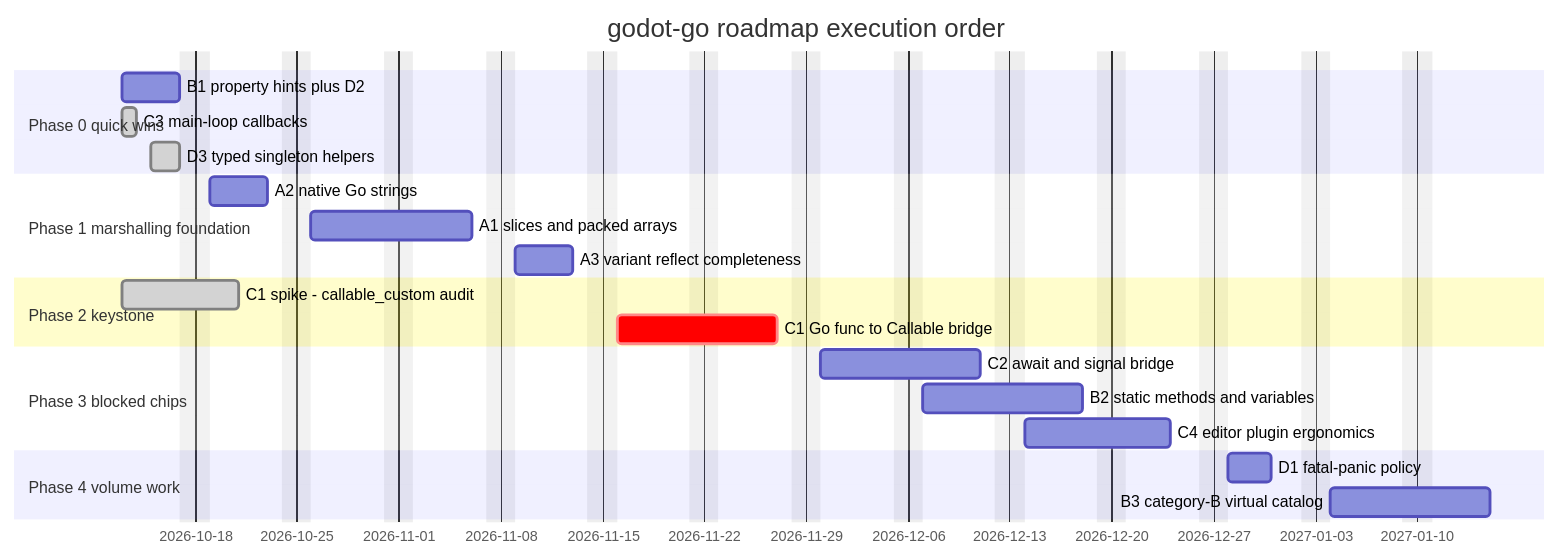
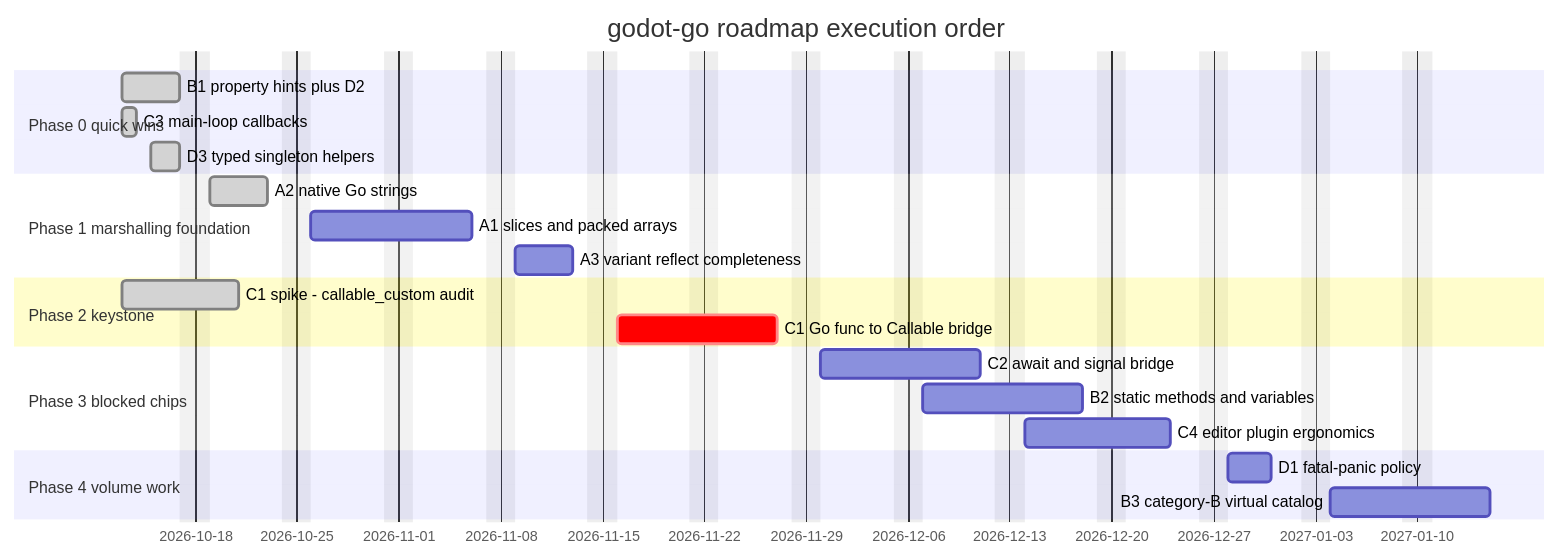
One commit to godot-go/godot-go changed the first of 2 diagrams in docs/roadmap.md. Above: the diagram before and after it, drawn with Mermaid. The commit also changed other lines of this file and 10 other files, not shown here.

````diff
--- a/docs/roadmap.md
+++ b/docs/roadmap.md
@@ -250,24 +261,24 @@
 ```mermaid
 gantt
     title godot-go roadmap execution order
     dateFormat YYYY-MM-DD
     excludes weekends
     section Phase 0 quick wins
-    B1 property hints plus D2          :b1, 2026-10-13, 2026-10-17
+    B1 property hints plus D2          :done, b1, 2026-10-13, 2026-10-17
     C3 main-loop callbacks             :done, c3, 2026-10-13, 2026-10-14
     D3 typed singleton helpers         :done, d3, 2026-10-15, 2026-10-17
     section Phase 1 marshalling foundation
-    A2 native Go strings               :a2, 2026-10-19, 2026-10-23
+    A2 native Go strings               :done, a2, 2026-10-19, 2026-10-23
     A1 slices and packed arrays        :a1, 2026-10-26, 2026-11-06
     A3 variant reflect completeness    :a3, 2026-11-09, 2026-11-13
     section Phase 2 keystone
     C1 spike - callable_custom audit   :done, c1s, 2026-10-13, 2026-10-21
     C1 Go func to Callable bridge      :crit, c1, 2026-11-16, 2026-11-27
     section Phase 3 blocked chips
     C2 await and signal bridge         :c2, 2026-11-30, 2026-12-11
     B2 static methods and variables    :b2, 2026-12-07, 2026-12-18
     C4 editor plugin ergonomics        :c4, 2026-12-14, 2026-12-24
     section Phase 4 volume work
     D1 fatal-panic policy              :d1, 2026-12-28, 2026-12-31
     B3 category-B virtual catalog      :b3, 2027-01-04, 2027-01-15
 ```
````
